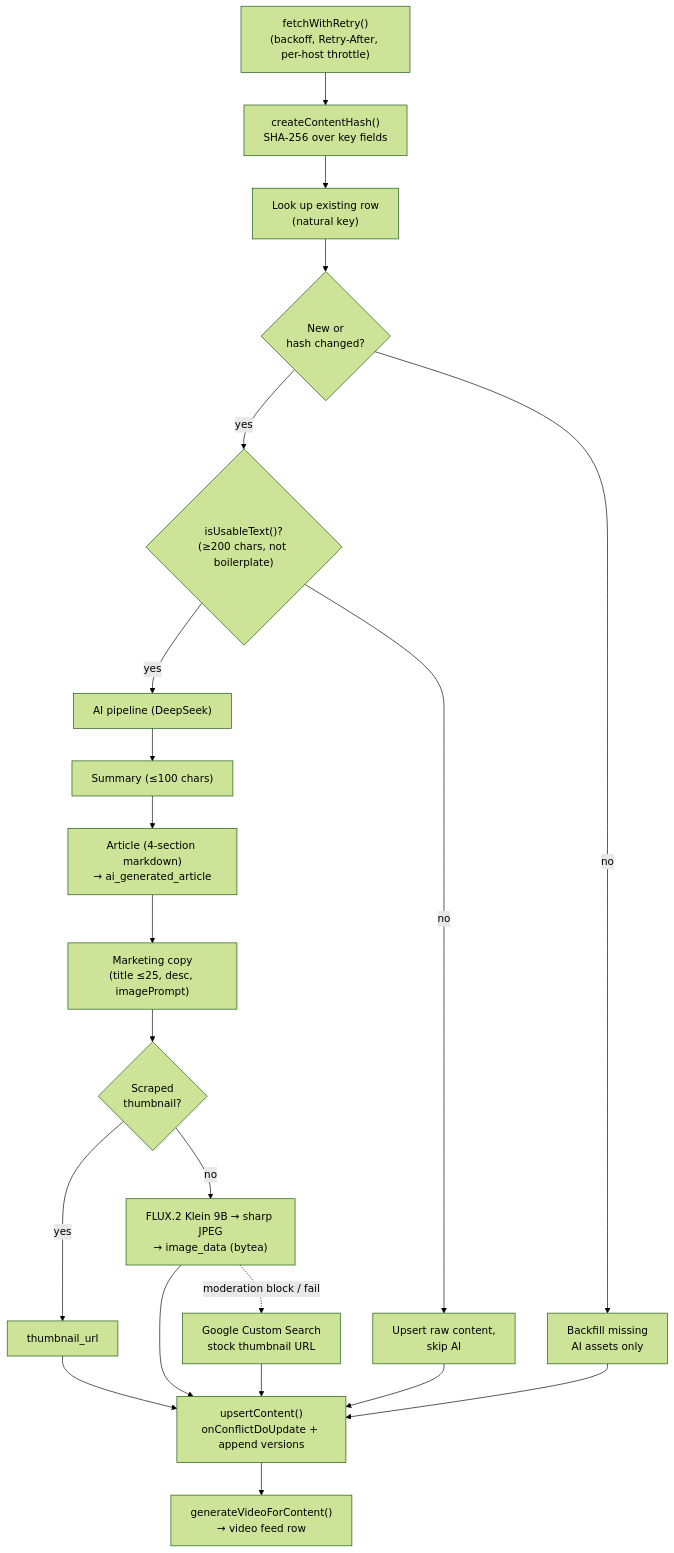
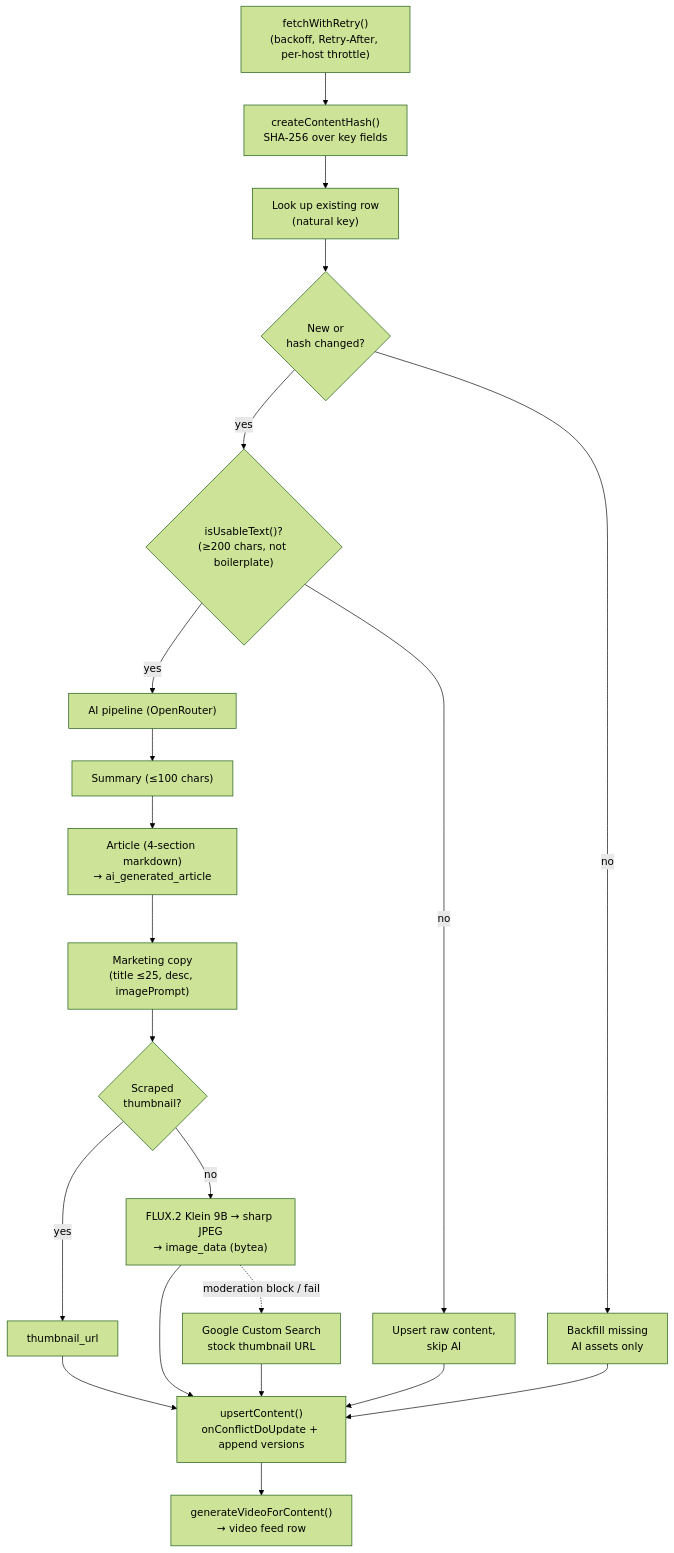
One commit to billion-app/billion changed the diagram in docs/scraper.md. Above: the diagram before and after it, drawn with Mermaid (forest theme). The commit also changed other lines of this file and 27 other files, not shown here.

Commit message:
feat(ai): prefer OpenRouter over direct DeepSeek

````diff
--- a/docs/scraper.md
+++ b/docs/scraper.md
@@ -64,27 +64,27 @@
 ```mermaid
 flowchart TD
     fetch["fetchWithRetry()<br/>(backoff, Retry-After, per-host throttle)"] --> hash["createContentHash()<br/>SHA-256 over key fields"]
     hash --> lookup["Look up existing row<br/>(natural key)"]
     lookup --> changed{"New or<br/>hash changed?"}
 
     changed -->|no| backfill["Backfill missing<br/>AI assets only"]
     changed -->|yes| usable{"isUsableText()?<br/>(≥200 chars, not boilerplate)"}
     usable -->|no| skipai["Upsert raw content,<br/>skip AI"]
-    usable -->|yes| ai["AI pipeline (DeepSeek)"]
+    usable -->|yes| ai["AI pipeline (OpenRouter)"]
 
     ai --> summary["Summary (≤100 chars)"]
     summary --> article["Article (4-section markdown)<br/>→ ai_generated_article"]
     article --> marketing["Marketing copy<br/>(title ≤25, desc, imagePrompt)"]
     marketing --> img{"Scraped<br/>thumbnail?"}
 
     img -->|yes| thumburl["thumbnail_url"]
     img -->|no| flux["FLUX.2 Klein 9B → sharp JPEG<br/>→ image_data (bytea)"]
     flux -.->|moderation block / fail| stock["Google Custom Search<br/>stock thumbnail URL"]
 
     thumburl --> upsert["upsertContent()<br/>onConflictDoUpdate + append versions"]
     flux --> upsert
     stock --> upsert
     skipai --> upsert
     backfill --> upsert
     upsert --> video["generateVideoForContent()<br/>→ video feed row"]
 ```
````
